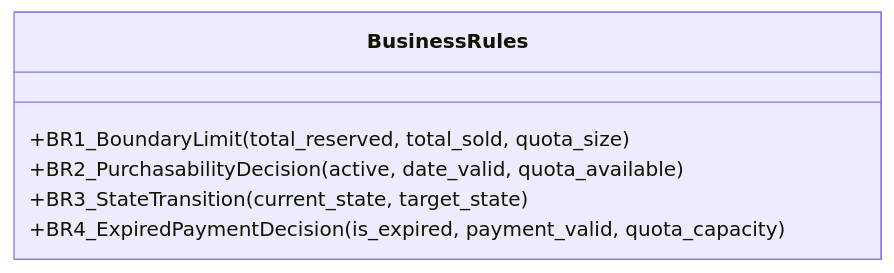
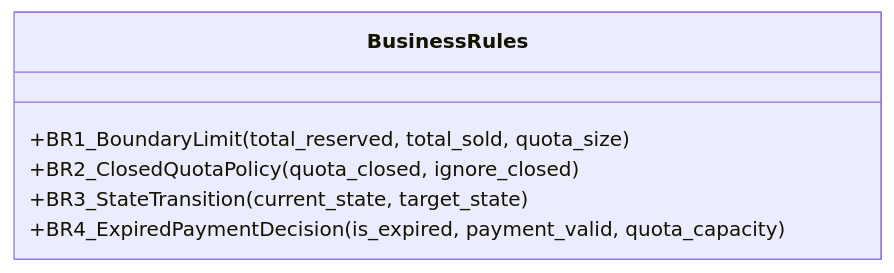
The diagram in docs/test-basis.md (sohaibAkhlaq/sqe_pretix_project), drawn with Mermaid before and after one commit. The commit also changed other lines of this file and 13 other files, not shown here.

````diff
--- a/docs/test-basis.md
+++ b/docs/test-basis.md
@@ -141,9 +141,9 @@
 ```mermaid
 classDiagram
     class BusinessRules {
         +BR1_BoundaryLimit(total_reserved, total_sold, quota_size)
-        +BR2_PurchasabilityDecision(active, date_valid, quota_available)
+        +BR2_ClosedQuotaPolicy(quota_closed, ignore_closed)
         +BR3_StateTransition(current_state, target_state)
         +BR4_ExpiredPaymentDecision(is_expired, payment_valid, quota_capacity)
     }
 ```
````
